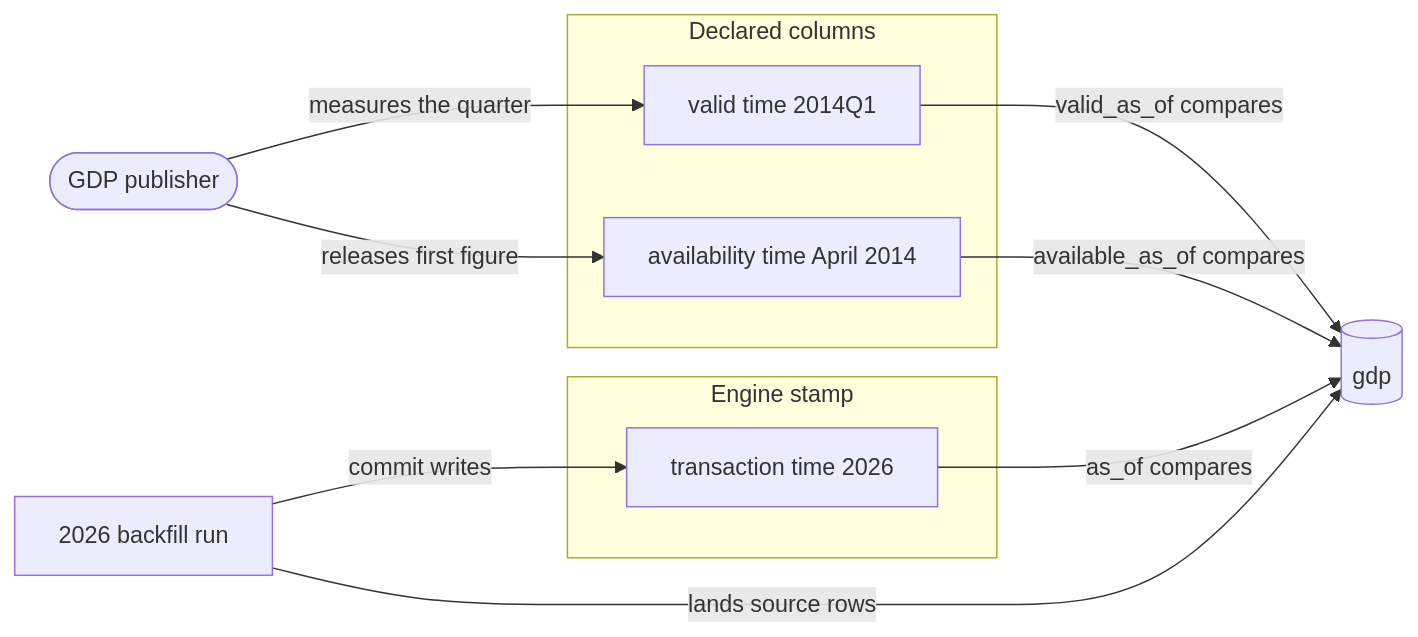
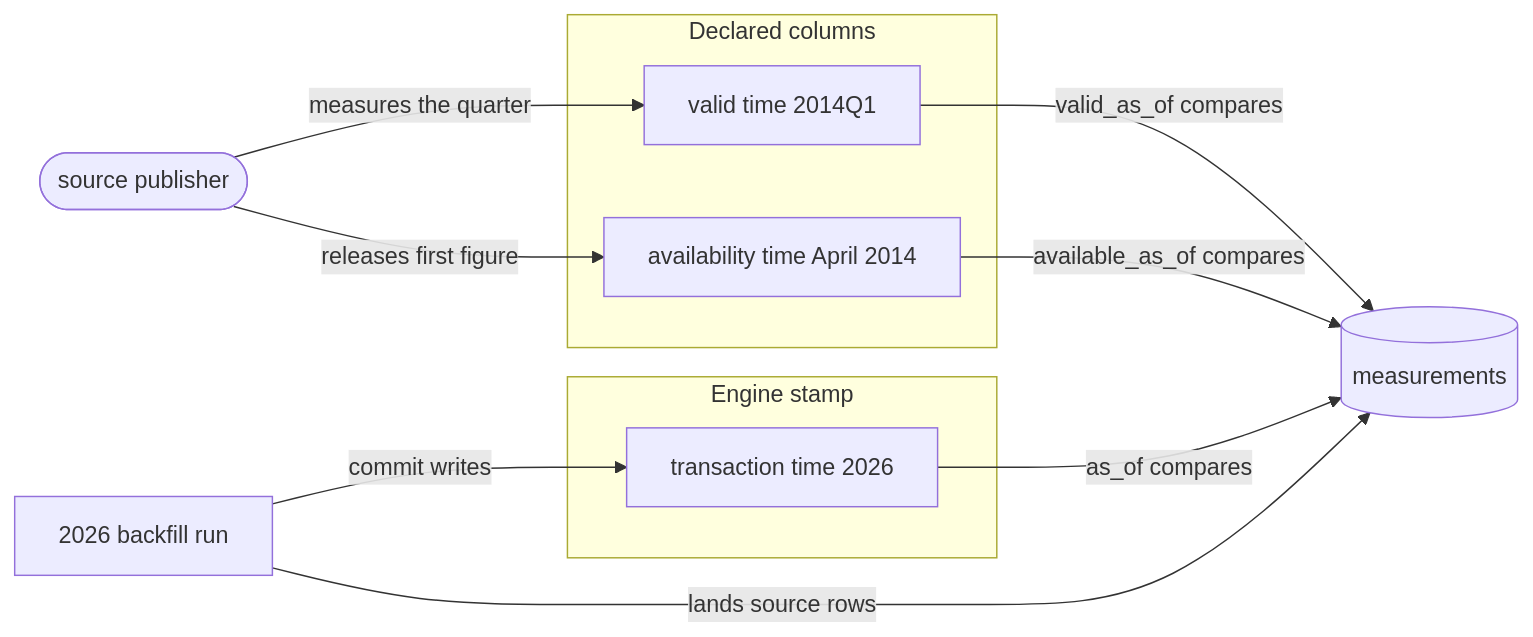
The first of 2 diagrams in spec/guide/store.md (fractalboxdev/contextful), drawn with Mermaid before and after one commit. The commit also changed other lines of this file and 36 other files, not shown here.

````diff
--- a/spec/guide/store.md
+++ b/spec/guide/store.md
@@ -47,17 +47,17 @@
 ```mermaid
 flowchart LR
   subgraph declared["Declared columns"]
     V["valid time 2014Q1"]
     A["availability time April 2014"]
   end
   subgraph stamped["Engine stamp"]
     T["transaction time 2026"]
   end
-  P(["GDP publisher"]) -->|"measures the quarter"| V
+  P(["source publisher"]) -->|"measures the quarter"| V
   P -->|"releases first figure"| A
   B["2026 backfill run"] -->|"commit writes"| T
-  B -->|"lands source rows"| G[("gdp")]
+  B -->|"lands source rows"| G[("measurements")]
   V -->|"valid_as_of compares"| G
   A -->|"available_as_of compares"| G
   T -->|"as_of compares"| G
 ```
````
